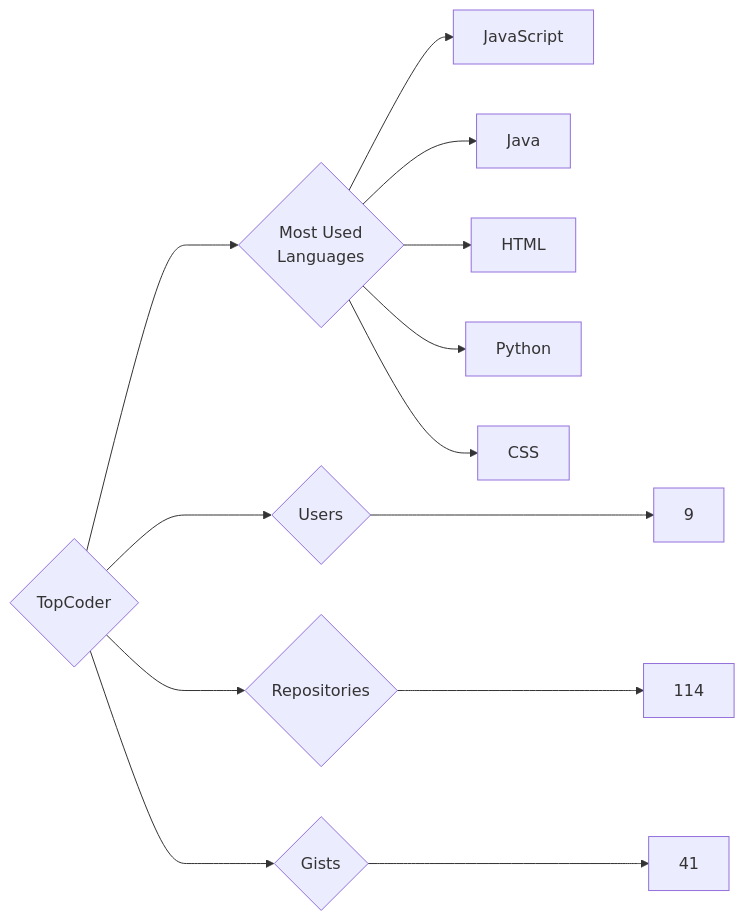
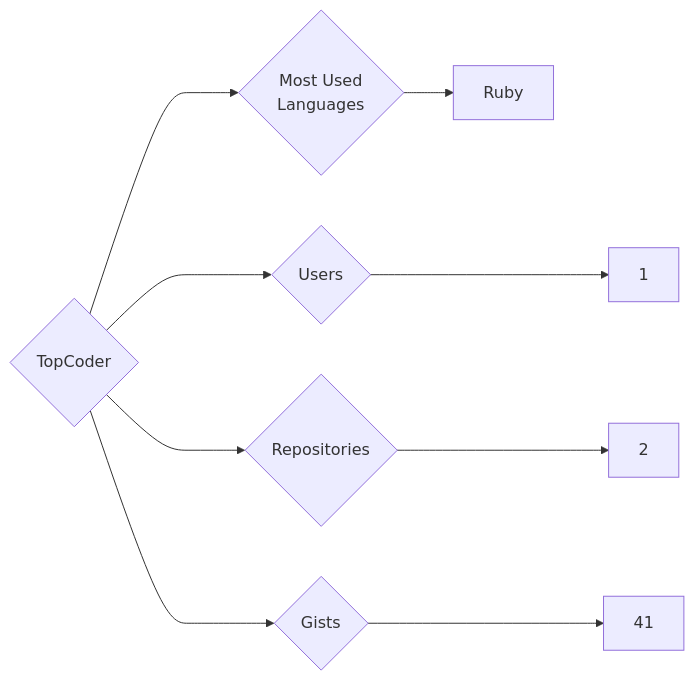
One commit to trickest/insiders changed the diagram in targets/TopCoder/README.md. Above: the diagram before and after it, drawn with Mermaid. The commit also changed 677 other files, not shown here.

````diff
--- a/targets/TopCoder/README.md
+++ b/targets/TopCoder/README.md
@@ -3,13 +3,9 @@
 ```mermaid
 graph LR
 COMPANY_NAME{TopCoder}
-COMPANY_NAME ---> U{Users} ---> UN[9]
-COMPANY_NAME ---> R{Repositories} ---> RN[114]
+COMPANY_NAME ---> U{Users} ---> UN[1]
+COMPANY_NAME ---> R{Repositories} ---> RN[2]
 COMPANY_NAME ---> G{Gists} ---> GN[41]
 COMPANY_NAME ---> ML{Most Used<br>Languages}
-ML --> JavaScript[JavaScript]
-ML --> Java[Java]
-ML --> HTML[HTML]
-ML --> Python[Python]
-ML --> CSS[CSS]
+ML --> Ruby[Ruby]
 ```
````
